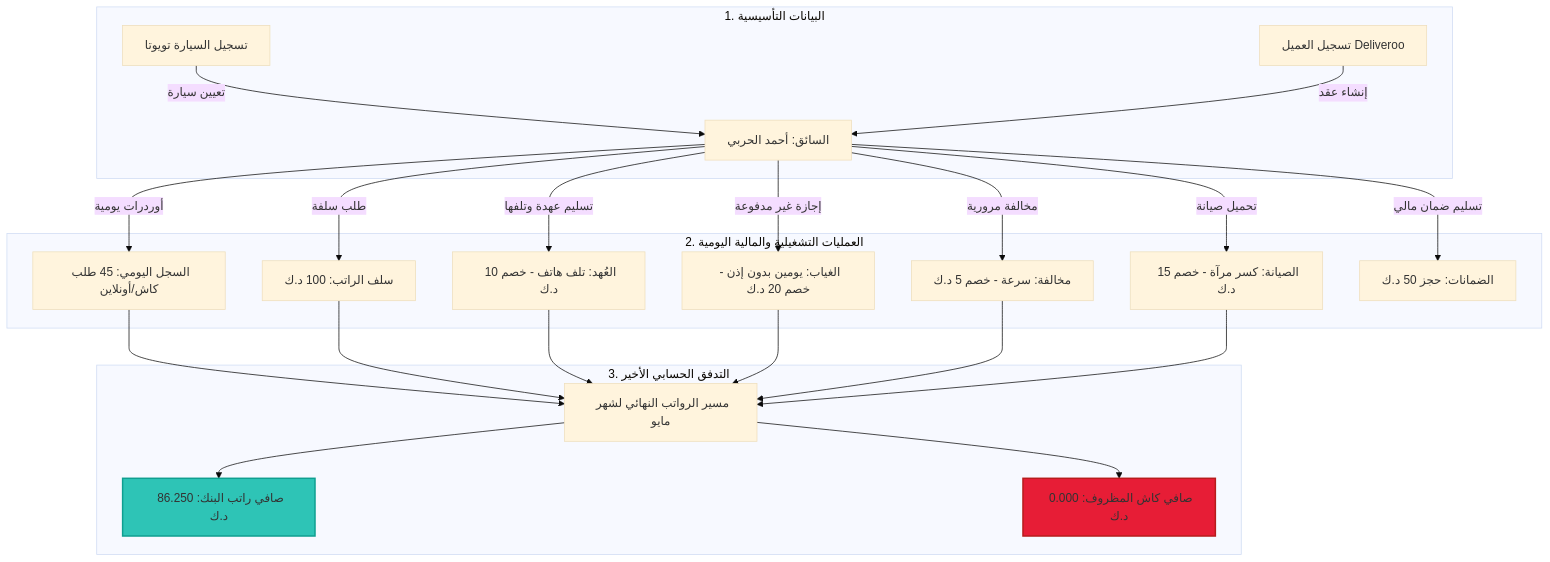
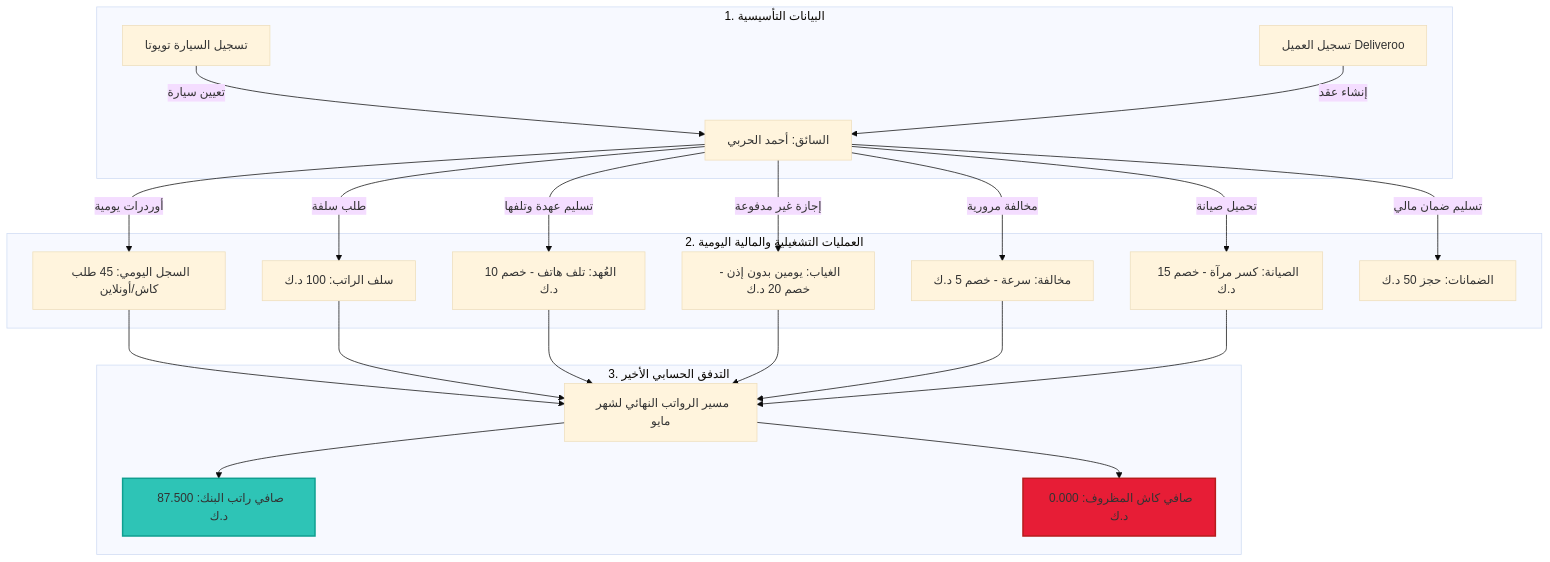
Before and after one commit to joybox-dev/fleet-backend: the diagram in docs/master_test_scenario.md, drawn with Mermaid (base theme). The commit also changed other lines of this file and 10 other files, not shown here.

````diff
--- a/docs/master_test_scenario.md
+++ b/docs/master_test_scenario.md
@@ -23,31 +23,31 @@
 ```mermaid
 graph TD
     subgraph "1. البيانات التأسيسية"
         A[تسجيل السيارة تويوتا] -->|تعيين سيارة| E[السائق: أحمد الحربي]
         B[تسجيل العميل Deliveroo] -->|إنشاء عقد| E
     end
 
     subgraph "2. العمليات التشغيلية والمالية اليومية"
         E -->|أوردرات يومية| F[السجل اليومي: 45 طلب كاش/أونلاين]
         E -->|طلب سلفة| G[سلف الراتب: 100 د.ك]
         E -->|تسليم عهدة وتلفها| H[العُهد: تلف هاتف - خصم 10 د.ك]
         E -->|إجازة غير مدفوعة| I[الغياب: يومين بدون إذن - خصم 20 د.ك]
         E -->|مخالفة مرورية| J[مخالفة: سرعة - خصم 5 د.ك]
         E -->|تحميل صيانة| K[الصيانة: كسر مرآة - خصم 15 د.ك]
         E -->|تسليم ضمان مالي| L[الضمانات: حجز 50 د.ك]
     end
 
     subgraph "3. التدفق الحسابي الأخير"
         F --> M[مسير الرواتب النهائي لشهر مايو]
         G --> M
         H --> M
         I --> M
         J --> M
         K --> M
-        M --> N[صافي راتب البنك: 86.250 د.ك]
+        M --> N[صافي راتب البنك: 87.500 د.ك]
         M --> O[صافي كاش المظروف: 0.000 د.ك]
     end
     
     style N fill:#2ec4b6,stroke:#0f9f90,stroke-width:2px;
     style O fill:#e71d36,stroke:#b71c1c,stroke-width:2px;
 ```
````
